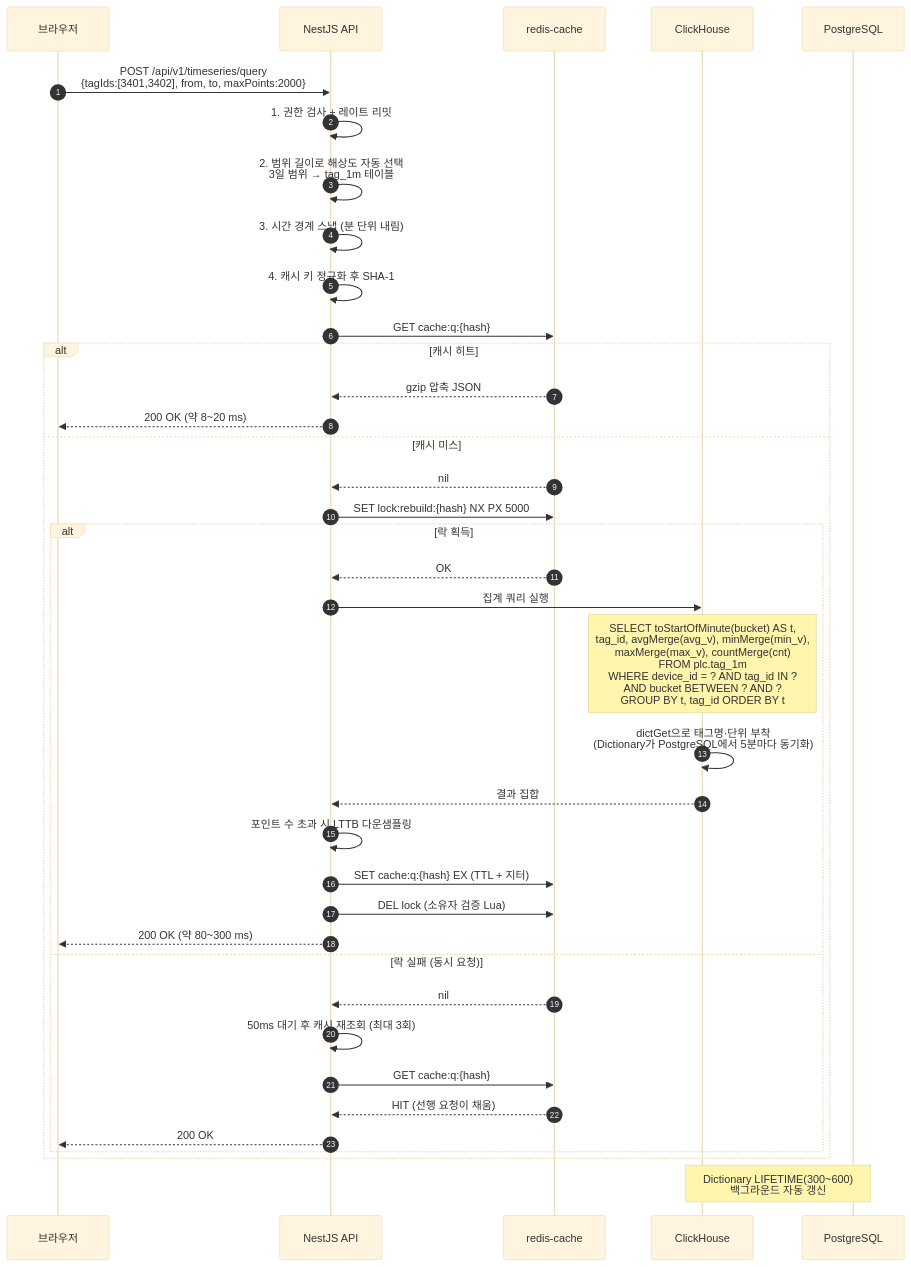
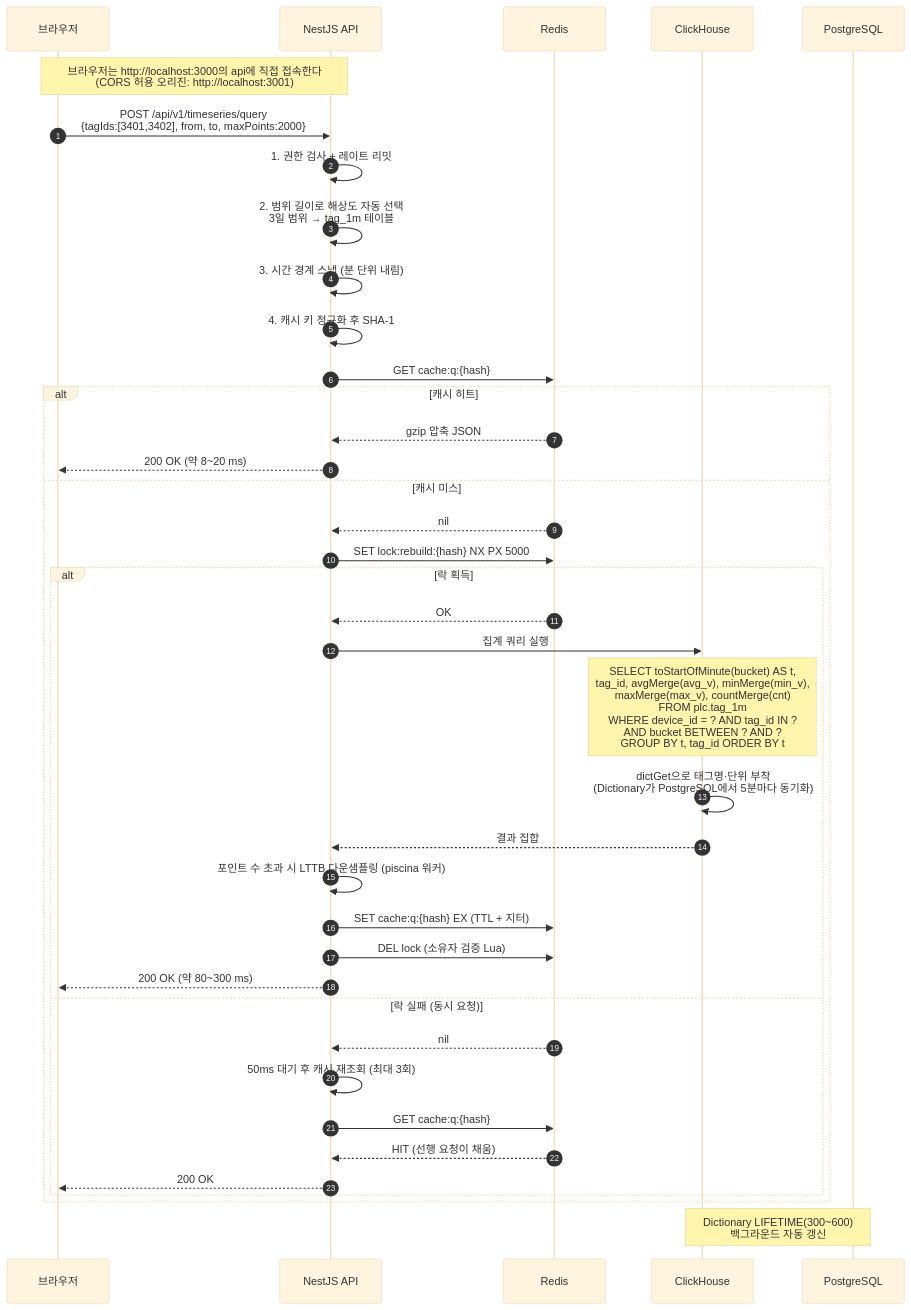
Before and after one commit to jaepil02/db_study: the seventh of 19 diagrams in data_flow.md, drawn with Mermaid (base theme). The commit also changed other lines of this file and 3 other files, not shown here.

````diff
--- a/data_flow.md
+++ b/data_flow.md
@@ -341,43 +364,44 @@
 ```mermaid
 sequenceDiagram
     autonumber
     participant B as 브라우저
     participant API as NestJS API
-    participant RC as redis-cache
+    participant R as Redis
     participant CH as ClickHouse
     participant PG as PostgreSQL
 
+    Note over B,API: 브라우저는 http://localhost:3000의 api에 직접 접속한다<br/>(CORS 허용 오리진: http://localhost:3001)
     B->>API: POST /api/v1/timeseries/query<br/>{tagIds:[3401,3402], from, to, maxPoints:2000}
     API->>API: 1. 권한 검사 + 레이트 리밋
     API->>API: 2. 범위 길이로 해상도 자동 선택<br/>3일 범위 → tag_1m 테이블
     API->>API: 3. 시간 경계 스냅 (분 단위 내림)
     API->>API: 4. 캐시 키 정규화 후 SHA-1
 
-    API->>RC: GET cache:q:{hash}
+    API->>R: GET cache:q:{hash}
     alt 캐시 히트
-        RC-->>API: gzip 압축 JSON
+        R-->>API: gzip 압축 JSON
         API-->>B: 200 OK (약 8~20 ms)
     else 캐시 미스
-        RC-->>API: nil
-        API->>RC: SET lock:rebuild:{hash} NX PX 5000
+        R-->>API: nil
+        API->>R: SET lock:rebuild:{hash} NX PX 5000
         alt 락 획득
-            RC-->>API: OK
+            R-->>API: OK
             API->>CH: 집계 쿼리 실행
             Note over CH: SELECT toStartOfMinute(bucket) AS t,<br/>tag_id, avgMerge(avg_v), minMerge(min_v),<br/>maxMerge(max_v), countMerge(cnt)<br/>FROM plc.tag_1m<br/>WHERE device_id = ? AND tag_id IN ?<br/>AND bucket BETWEEN ? AND ?<br/>GROUP BY t, tag_id ORDER BY t
             CH->>CH: dictGet으로 태그명·단위 부착<br/>(Dictionary가 PostgreSQL에서 5분마다 동기화)
             CH-->>API: 결과 집합
-            API->>API: 포인트 수 초과 시 LTTB 다운샘플링
-            API->>RC: SET cache:q:{hash} EX (TTL + 지터)
-            API->>RC: DEL lock (소유자 검증 Lua)
+            API->>API: 포인트 수 초과 시 LTTB 다운샘플링 (piscina 워커)
+            API->>R: SET cache:q:{hash} EX (TTL + 지터)
+            API->>R: DEL lock (소유자 검증 Lua)
             API-->>B: 200 OK (약 80~300 ms)
         else 락 실패 (동시 요청)
-            RC-->>API: nil
+            R-->>API: nil
             API->>API: 50ms 대기 후 캐시 재조회 (최대 3회)
-            API->>RC: GET cache:q:{hash}
-            RC-->>API: HIT (선행 요청이 채움)
+            API->>R: GET cache:q:{hash}
+            R-->>API: HIT (선행 요청이 채움)
             API-->>B: 200 OK
         end
     end
 
     Note over PG,CH: Dictionary LIFETIME(300~600)<br/>백그라운드 자동 갱신
 ```
````
